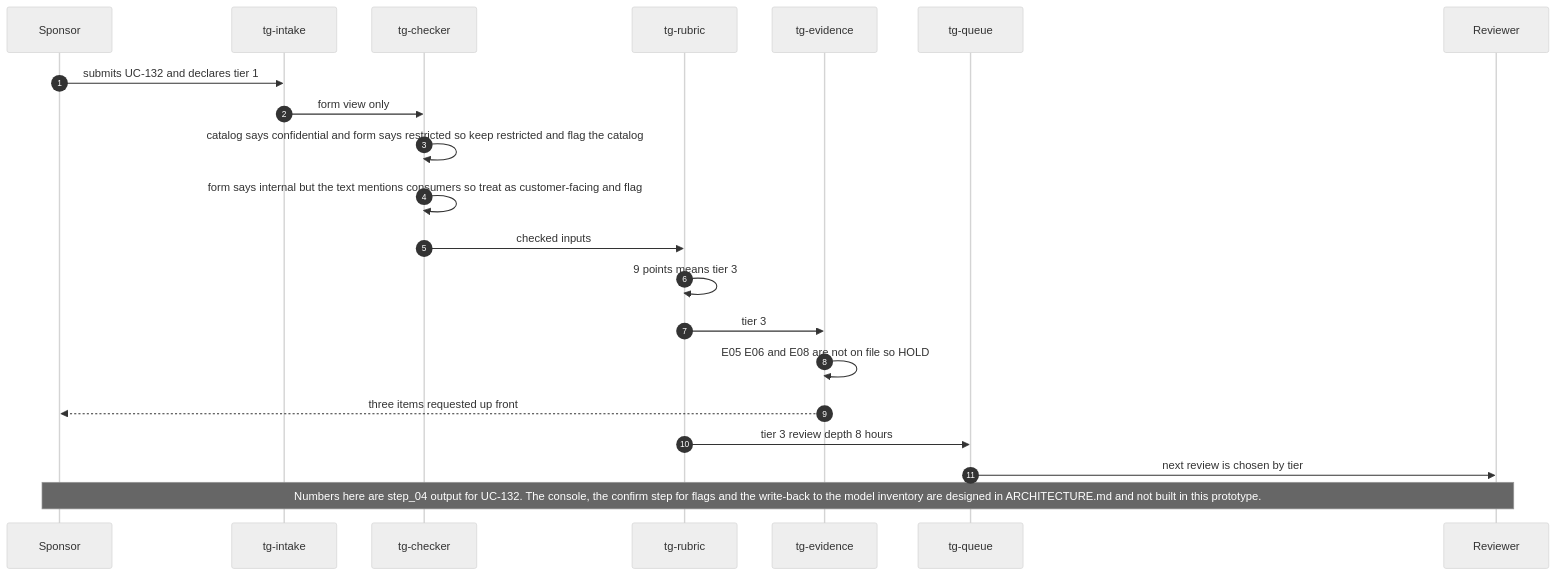
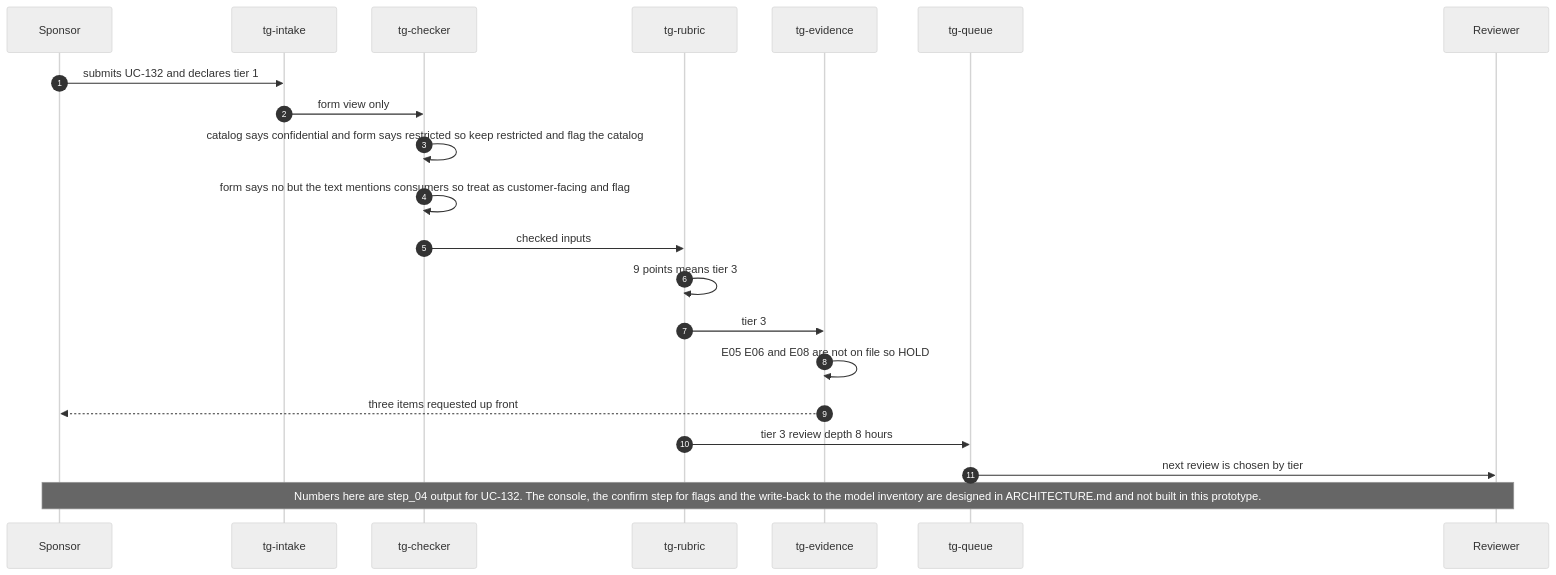
Before and after one commit to Vj-shipped-anyway/ai-pm-portfolio: the second of 2 diagrams in 11-tiergate-ai-usecase-intake/README.md, drawn with Mermaid (neutral theme). The commit also changed other lines of this file and 4 other files, not shown here.

````diff
--- a/11-tiergate-ai-usecase-intake/README.md
+++ b/11-tiergate-ai-usecase-intake/README.md
@@ -493,24 +493,24 @@
 ```mermaid
 sequenceDiagram
     autonumber
     participant S as Sponsor
     participant I as tg-intake
     participant C as tg-checker
     participant R as tg-rubric
     participant E as tg-evidence
     participant Q as tg-queue
     participant V as Reviewer
 
     S->>I: submits UC-132 and declares tier 1
     I->>C: form view only
     C->>C: catalog says confidential and form says restricted so keep restricted and flag the catalog
-    C->>C: form says internal but the text mentions consumers so treat as customer-facing and flag
+    C->>C: form says no but the text mentions consumers so treat as customer-facing and flag
     C->>R: checked inputs
     R->>R: 9 points means tier 3
     R->>E: tier 3
     E->>E: E05 E06 and E08 are not on file so HOLD
     E-->>S: three items requested up front
     R->>Q: tier 3 review depth 8 hours
     Q->>V: next review is chosen by tier
     Note over S,V: Numbers here are step_04 output for UC-132. The console, the confirm step for flags and the write-back to the model inventory are designed in ARCHITECTURE.md and not built in this prototype.
 ```
````
